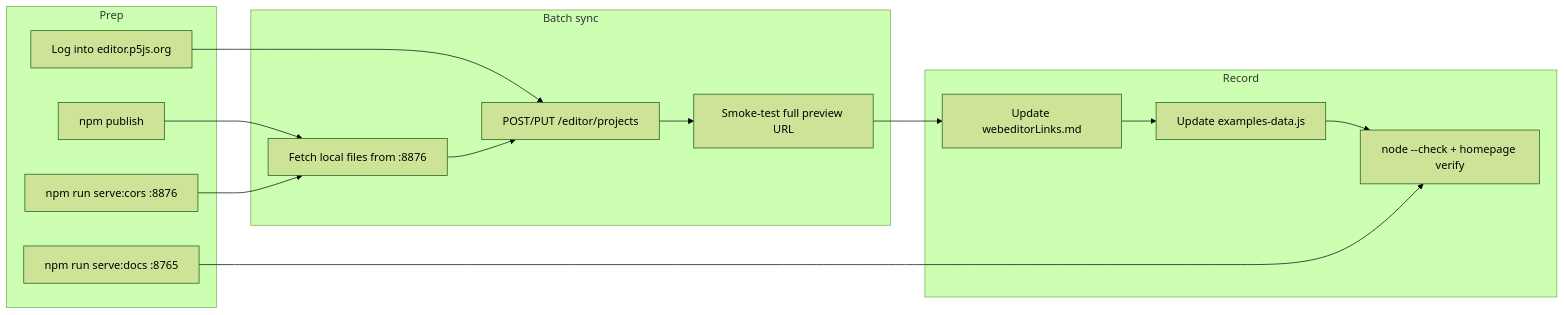
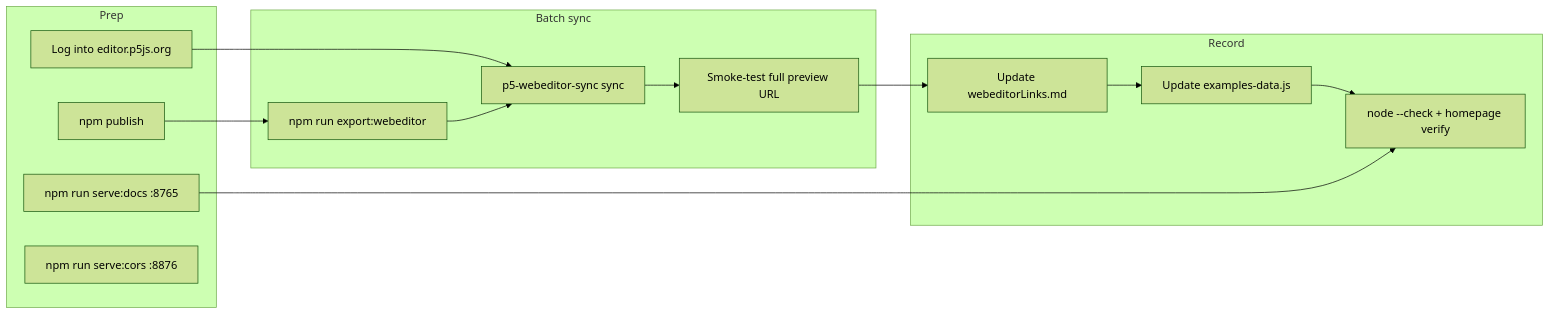
Before and after one commit to npuckett/p5-phone: the diagram in docs/web-editor/README.md, drawn with Mermaid (forest theme). The commit also changed other lines of this file and 27 other files, not shown here.

````diff
--- a/docs/web-editor/README.md
+++ b/docs/web-editor/README.md
@@ -46,27 +46,26 @@
 ```mermaid
 flowchart LR
   subgraph prep [Prep]
     publish["npm publish"]
     login["Log into editor.p5js.org"]
     docsSrv["npm run serve:docs :8765"]
     corsSrv["npm run serve:cors :8876"]
   end
 
   subgraph sync [Batch sync]
-    fetch["Fetch local files from :8876"]
-    api["POST/PUT /editor/projects"]
+    export["npm run export:webeditor"]
+    syncCmd["p5-webeditor-sync sync"]
     preview["Smoke-test full preview URL"]
   end
 
   subgraph record [Record]
     log["Update webeditorLinks.md"]
     catalog["Update examples-data.js"]
     validate["node --check + homepage verify"]
   end
 
-  publish --> fetch
-  login --> api
-  corsSrv --> fetch
-  fetch --> api --> preview --> log --> catalog --> validate
+  publish --> export
+  login --> syncCmd
+  export --> syncCmd --> preview --> log --> catalog --> validate
   docsSrv --> validate
 ```
````
